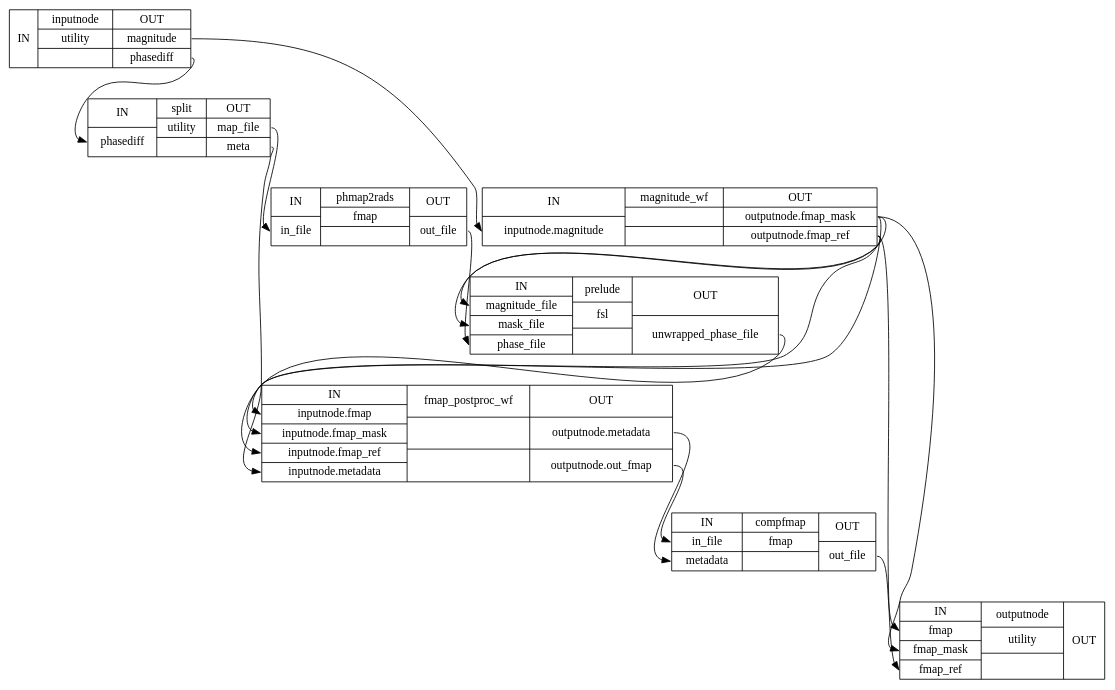
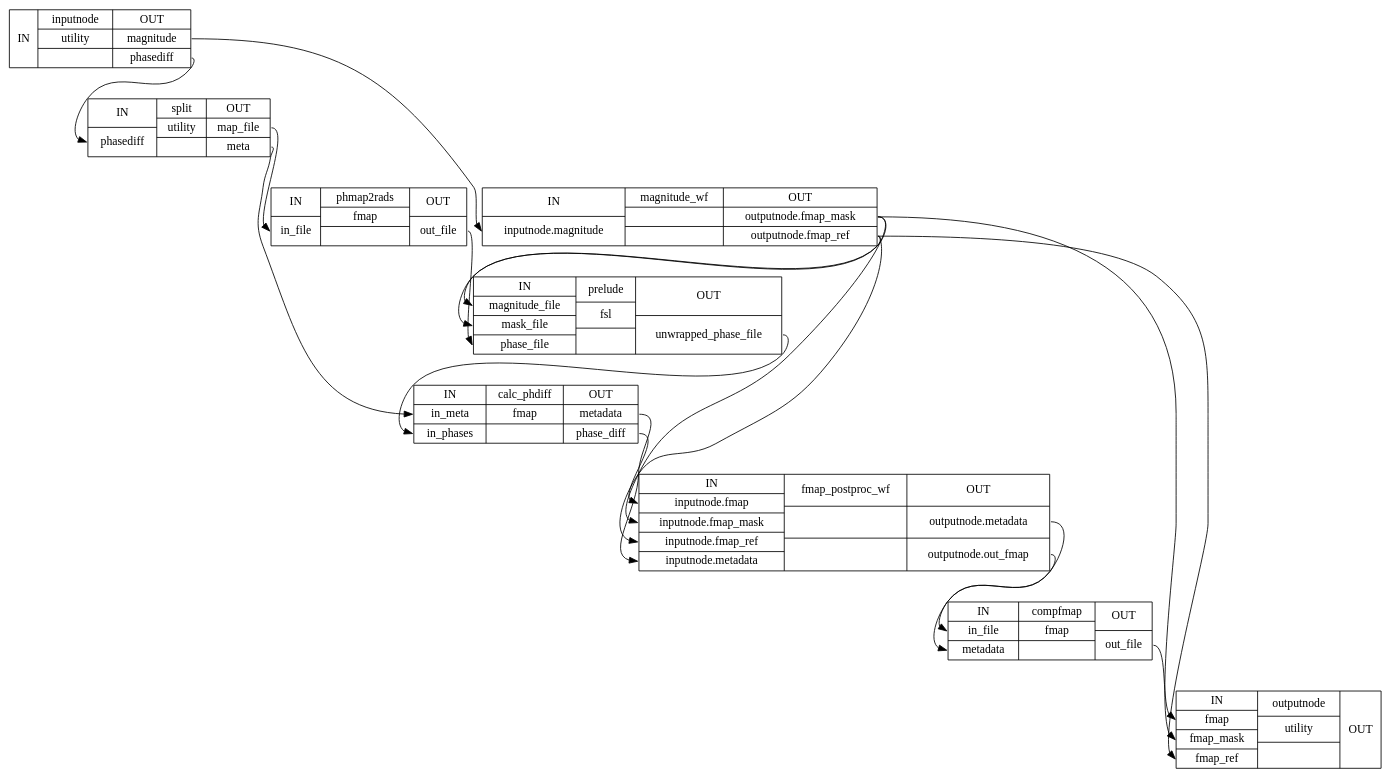
One commit to wayne009007/sdcflows changed the diagram in wf_directive/api/phdiff_wf/sdcflows-workflows-phdiff-1_detailed.dot. Above: the diagram before and after it, drawn with Graphviz. The commit also changed 129 other files, not shown here.

```diff
--- a/wf_directive/api/phdiff_wf/sdcflows-workflows-phdiff-1_detailed.dot
+++ b/wf_directive/api/phdiff_wf/sdcflows-workflows-phdiff-1_detailed.dot
@@ -1,26 +1,29 @@
 digraph structs {
 node [shape=record];
 phdiff_wfinputnode [label="{IN}|{ inputnode | utility |  }|{OUT|<outmagnitude> magnitude|<outphasediff> phasediff}"];
 phdiff_wfmagnitude_wf [label="{IN|<ininputnodemagnitude> inputnode.magnitude}|{ magnitude_wf |  |  }|{OUT|<outoutputnodefmapmask> outputnode.fmap_mask|<outoutputnodefmapref> outputnode.fmap_ref}"];
 phdiff_wfsplit [label="{IN|<inphasediff> phasediff}|{ split | utility |  }|{OUT|<outmapfile> map_file|<outmeta> meta}"];
 phdiff_wfphmap2rads [label="{IN|<ininfile> in_file}|{ phmap2rads | fmap |  }|{OUT|<outoutfile> out_file}"];
 phdiff_wfprelude [label="{IN|<inmagnitudefile> magnitude_file|<inmaskfile> mask_file|<inphasefile> phase_file}|{ prelude | fsl |  }|{OUT|<outunwrappedphasefile> unwrapped_phase_file}"];
+phdiff_wfcalc_phdiff [label="{IN|<ininmeta> in_meta|<ininphases> in_phases}|{ calc_phdiff | fmap |  }|{OUT|<outmetadata> metadata|<outphasediff> phase_diff}"];
 phdiff_wffmap_postproc_wf [label="{IN|<ininputnodefmap> inputnode.fmap|<ininputnodefmapmask> inputnode.fmap_mask|<ininputnodefmapref> inputnode.fmap_ref|<ininputnodemetadata> inputnode.metadata}|{ fmap_postproc_wf |  |  }|{OUT|<outoutputnodemetadata> outputnode.metadata|<outoutputnodeoutfmap> outputnode.out_fmap}"];
 phdiff_wfcompfmap [label="{IN|<ininfile> in_file|<inmetadata> metadata}|{ compfmap | fmap |  }|{OUT|<outoutfile> out_file}"];
 phdiff_wfoutputnode [label="{IN|<infmap> fmap|<infmapmask> fmap_mask|<infmapref> fmap_ref}|{ outputnode | utility |  }|{OUT}"];
+phdiff_wfcalc_phdiff:outmetadata:e -> phdiff_wffmap_postproc_wf:ininputnodemetadata:w;
+phdiff_wfcalc_phdiff:outphasediff:e -> phdiff_wffmap_postproc_wf:ininputnodefmap:w;
 phdiff_wfcompfmap:outoutfile:e -> phdiff_wfoutputnode:infmap:w;
 phdiff_wffmap_postproc_wf:outoutputnodemetadata:e -> phdiff_wfcompfmap:inmetadata:w;
 phdiff_wffmap_postproc_wf:outoutputnodeoutfmap:e -> phdiff_wfcompfmap:ininfile:w;
 phdiff_wfinputnode:outmagnitude:e -> phdiff_wfmagnitude_wf:ininputnodemagnitude:w;
 phdiff_wfinputnode:outphasediff:e -> phdiff_wfsplit:inphasediff:w;
 phdiff_wfmagnitude_wf:outoutputnodefmapmask:e -> phdiff_wffmap_postproc_wf:ininputnodefmapmask:w;
 phdiff_wfmagnitude_wf:outoutputnodefmapmask:e -> phdiff_wfoutputnode:infmapmask:w;
 phdiff_wfmagnitude_wf:outoutputnodefmapmask:e -> phdiff_wfprelude:inmaskfile:w;
 phdiff_wfmagnitude_wf:outoutputnodefmapref:e -> phdiff_wffmap_postproc_wf:ininputnodefmapref:w;
 phdiff_wfmagnitude_wf:outoutputnodefmapref:e -> phdiff_wfoutputnode:infmapref:w;
 phdiff_wfmagnitude_wf:outoutputnodefmapref:e -> phdiff_wfprelude:inmagnitudefile:w;
 phdiff_wfphmap2rads:outoutfile:e -> phdiff_wfprelude:inphasefile:w;
-phdiff_wfprelude:outunwrappedphasefile:e -> phdiff_wffmap_postproc_wf:ininputnodefmap:w;
+phdiff_wfprelude:outunwrappedphasefile:e -> phdiff_wfcalc_phdiff:ininphases:w;
 phdiff_wfsplit:outmapfile:e -> phdiff_wfphmap2rads:ininfile:w;
-phdiff_wfsplit:outmeta:e -> phdiff_wffmap_postproc_wf:ininputnodemetadata:w;
+phdiff_wfsplit:outmeta:e -> phdiff_wfcalc_phdiff:ininmeta:w;
 }
```
